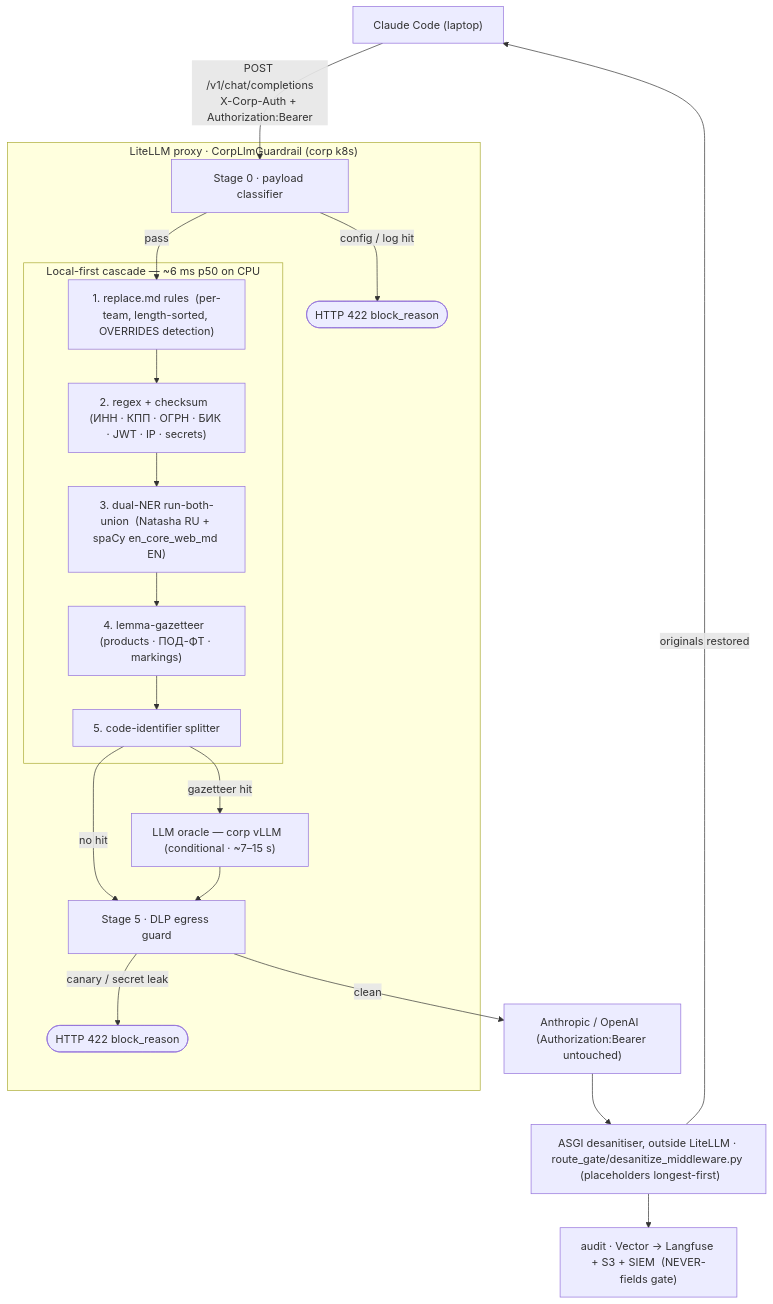
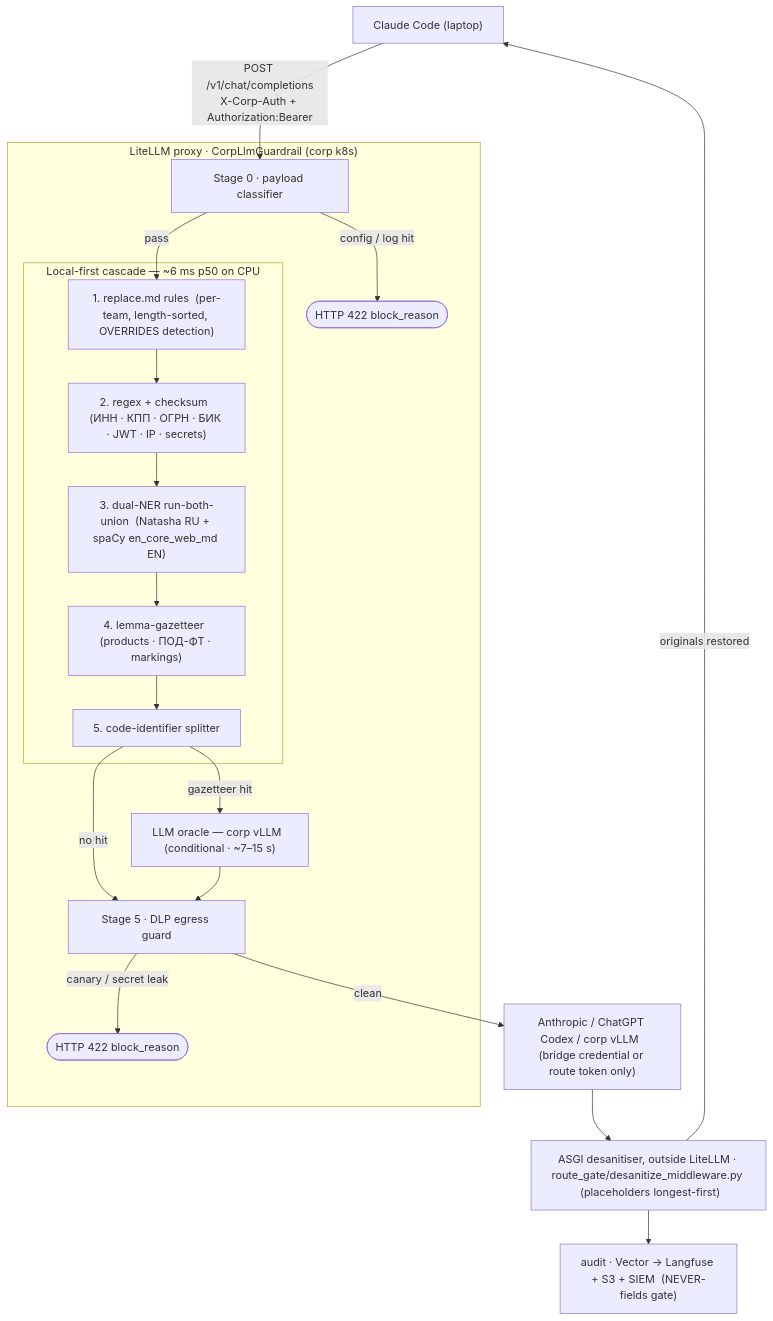
Before and after one commit to jLAM-ERR/corp-llm-gateway: the diagram in docs/architecture.md, drawn with Mermaid. The commit also changed other lines of this file and 26 other files, not shown here.

````diff
--- a/docs/architecture.md
+++ b/docs/architecture.md
@@ -16,29 +17,29 @@
 ```mermaid
 flowchart TD
     Dev["Claude Code (laptop)"]
     Dev -->|"POST /v1/chat/completions<br/>X-Corp-Auth + Authorization:Bearer"| S0
 
     subgraph gw["LiteLLM proxy · CorpLlmGuardrail (corp k8s)"]
         S0["Stage 0 · payload classifier"]
         S0 -->|"config / log hit"| B0(["HTTP 422  block_reason"])
         S0 -->|pass| RULES
 
         subgraph lc["Local-first cascade — ~6 ms p50 on CPU"]
             RULES["1. replace.md rules  (per-team, length-sorted, OVERRIDES detection)"]
             --> RX["2. regex + checksum  (ИНН · КПП · ОГРН · БИК · JWT · IP · secrets)"]
             --> NER["3. dual-NER run-both-union  (Natasha RU + spaCy en_core_web_md EN)"]
             --> GZ["4. lemma-gazetteer  (products · ПОД-ФТ · markings)"]
             --> SEG["5. code-identifier splitter"]
         end
 
         SEG -->|"gazetteer hit"| ORC["LLM oracle — corp vLLM  (conditional · ~7–15 s)"]
         SEG -->|"no hit"| DLP
         ORC --> DLP["Stage 5 · DLP egress guard"]
         DLP -->|"canary / secret leak"| B5(["HTTP 422  block_reason"])
     end
 
-    DLP -->|clean| UP["Anthropic / OpenAI  (Authorization:Bearer untouched)"]
+    DLP -->|clean| UP["Anthropic / ChatGPT Codex / corp vLLM  (bridge credential or route token only)"]
     UP --> DS["ASGI desanitiser, outside LiteLLM · route_gate/desanitize_middleware.py  (placeholders longest-first)"]
     DS --> AUD["audit · Vector → Langfuse + S3 + SIEM  (NEVER-fields gate)"]
     DS -->|"originals restored"| Dev
 ```
````
